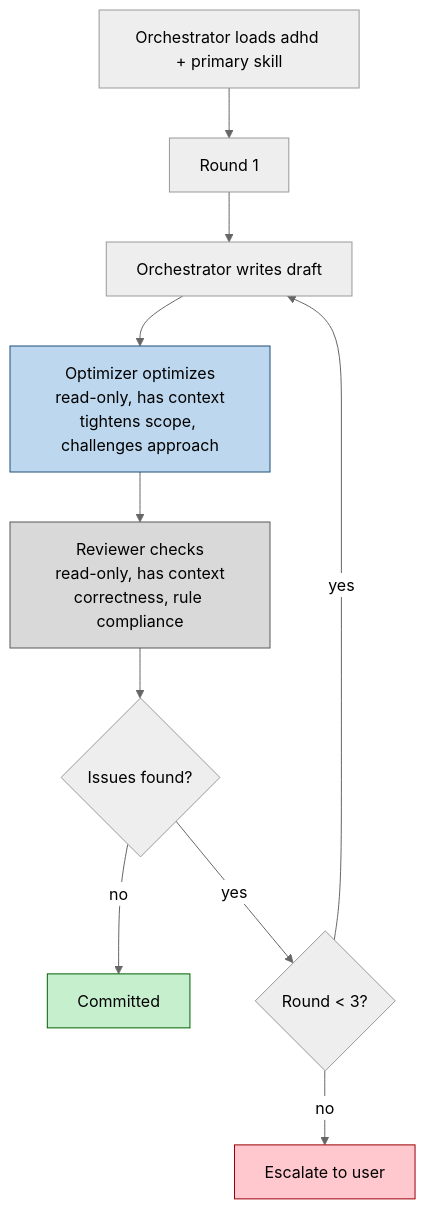
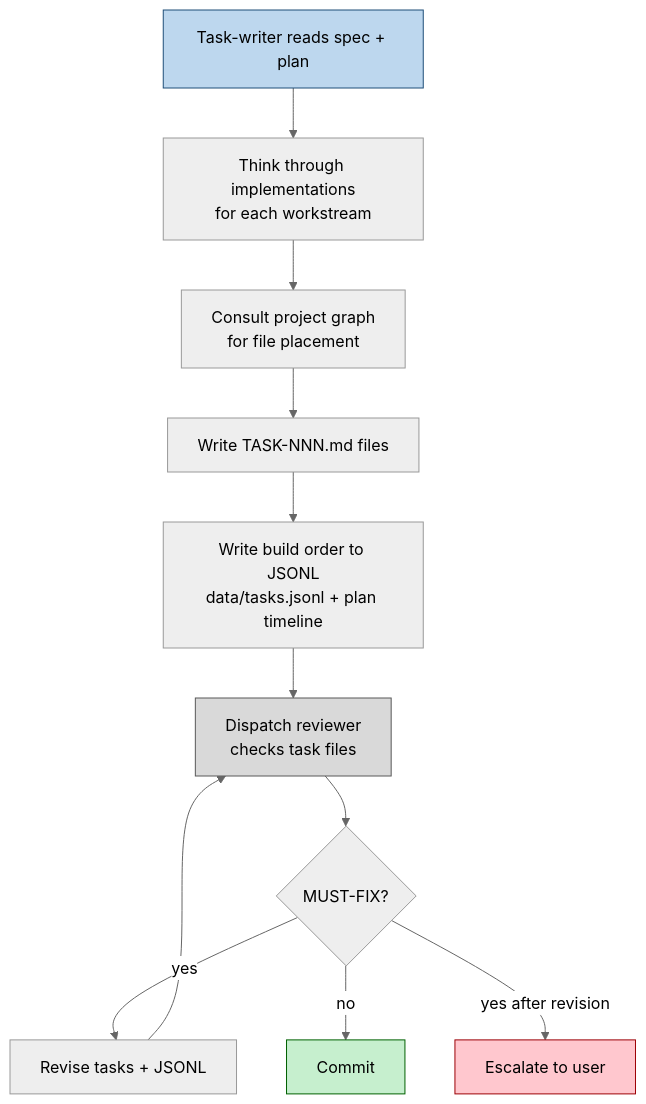
The third of 5 diagrams in src/workflows/overview.md (bperin/project-context), drawn with Mermaid (neutral theme) before and after one commit. The commit also changed other lines of this file and 67 other files, not shown here.

````diff
--- a/src/workflows/overview.md
+++ b/src/workflows/overview.md
@@ -37,17 +62,18 @@
 ```mermaid
 flowchart TD
-    START["Orchestrator loads adhd + primary skill"] --> R1["Round 1"]
-    R1 --> WRITER["Orchestrator writes draft"]
-    WRITER --> OPT["Optimizer optimizes<br/>read-only, has context<br/>tightens scope, challenges approach"]
-    OPT --> REV["Reviewer checks<br/>read-only, has context<br/>correctness, rule compliance"]
-    REV --> CHECK{"Issues found?"}
-    CHECK -->|no| DONE["Committed"]
-    CHECK -->|yes| ROUND{"Round < 3?"}
-    ROUND -->|yes| WRITER
-    ROUND -->|no| ESCALATE["Escalate to user"]
+    START["Task-writer reads spec + plan"] --> THINK["Think through implementations<br/>for each workstream"]
+    THINK --> GRAPH["Consult project graph<br/>for file placement"]
+    GRAPH --> WRITE["Write TASK-NNN.md files"]
+    WRITE --> JSONL["Write build order to JSONL<br/>data/tasks.jsonl + plan timeline"]
+    JSONL --> REV["Dispatch reviewer<br/>checks task files"]
+    REV --> FIX{"MUST-FIX?"}
+    FIX -->|yes| REVISE["Revise tasks + JSONL"]
+    REVISE --> REV
+    FIX -->|no| COMMIT["Commit"]
+    FIX -->|yes after revision| ESC["Escalate to user"]
 
-    style DONE fill:#C6EFCE,stroke:#006100
-    style ESCALATE fill:#FFC7CE,stroke:#9C0006
-    style OPT fill:#BDD7EE,stroke:#1F4E79
+    style START fill:#BDD7EE,stroke:#1F4E79
+    style COMMIT fill:#C6EFCE,stroke:#006100
+    style ESC fill:#FFC7CE,stroke:#9C0006
     style REV fill:#D9D9D9,stroke:#595959
 ```
````
